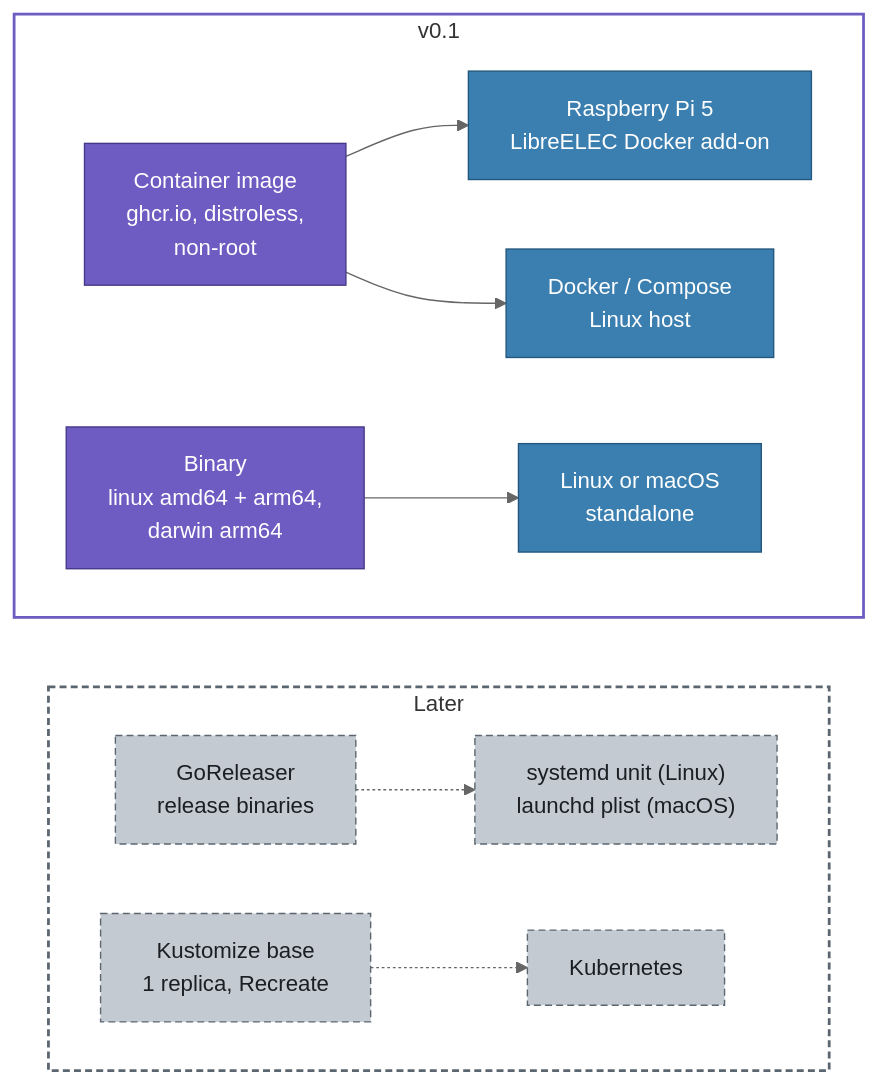
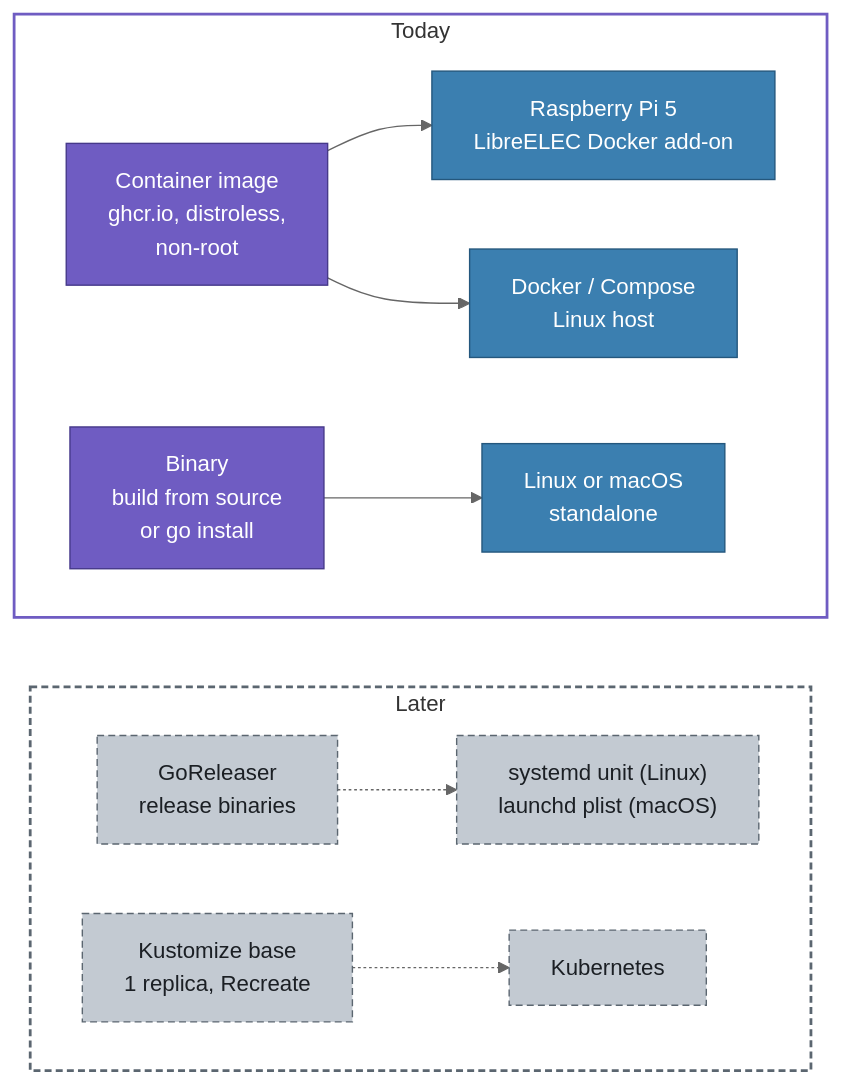
Diagram 17 of 17 in docs/architecture.md (KingOfKalk/wg-stream-proxy), drawn with Mermaid (neutral theme) before and after one commit. The commit also changed other lines of this file and 18 other files, not shown here.

````diff
--- a/docs/architecture.md
+++ b/docs/architecture.md
@@ -958,29 +961,29 @@
 ```mermaid
 flowchart TB
-    subgraph v01["v0.1"]
+    subgraph now["Today"]
         direction LR
         img["Container image<br/>ghcr.io, distroless,<br/>non-root"]:::proxy
-        bin["Binary<br/>linux amd64 + arm64,<br/>darwin arm64"]:::proxy
+        bin["Binary<br/>build from source<br/>or go install"]:::proxy
         pi["Raspberry Pi 5<br/>LibreELEC Docker add-on"]:::lan
         compose["Docker / Compose<br/>Linux host"]:::lan
         host["Linux or macOS<br/>standalone"]:::lan
         img --> pi & compose
         bin --> host
     end
     subgraph lt["Later"]
         direction LR
         gor["GoReleaser<br/>release binaries"]:::later
         svc["systemd unit (Linux)<br/>launchd plist (macOS)"]:::later
         k8s["Kustomize base<br/>1 replica, Recreate"]:::later
         cluster["Kubernetes"]:::later
         gor -.-> svc
         k8s -.-> cluster
     end
-    v01 ~~~ lt
+    now ~~~ lt
 
     classDef lan fill:#3b7fb0,stroke:#24577d,color:#ffffff
     classDef proxy fill:#6f5cc2,stroke:#46398a,color:#ffffff
     classDef later fill:#c3cad2,stroke:#5b6670,color:#1b1f24,stroke-dasharray:5 3
-    style v01 fill:none,stroke:#6f5cc2,stroke-width:2px
+    style now fill:none,stroke:#6f5cc2,stroke-width:2px
     style lt fill:none,stroke:#5b6670,stroke-width:2px,stroke-dasharray:5 3
 ```
````
